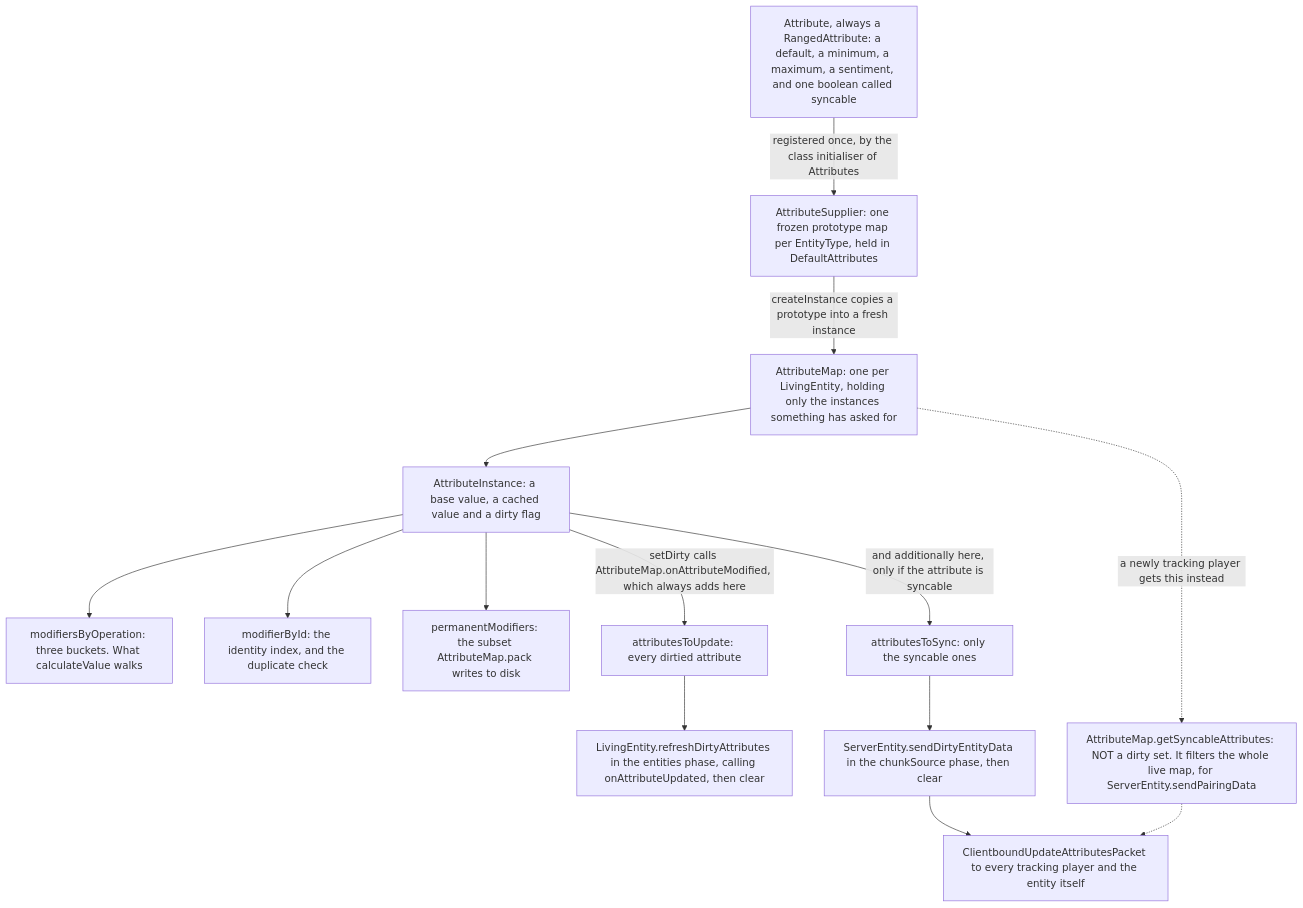
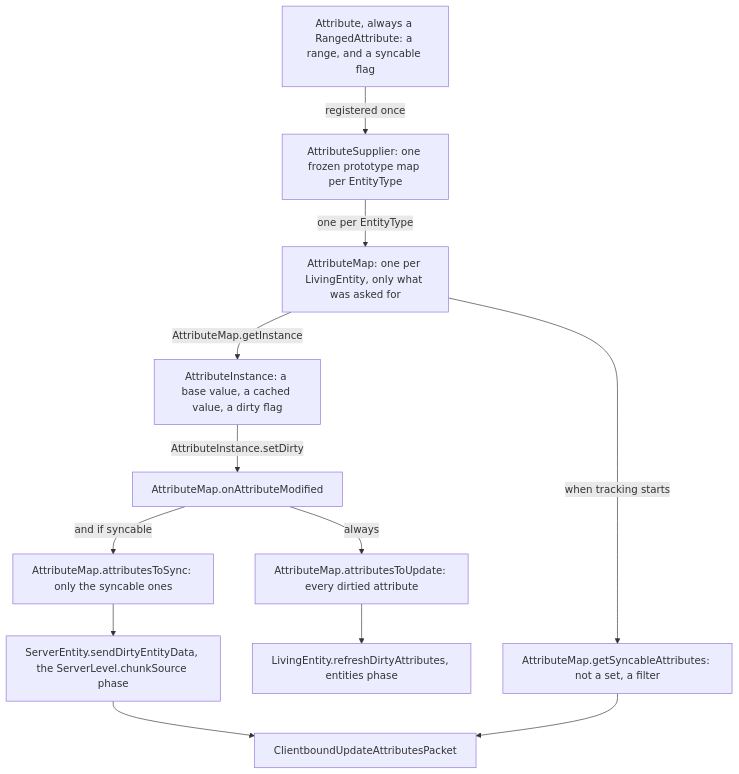
The first of 3 diagrams in src/systems/entities/attributes.md (AlexanderjFraser/MinecraftDocs), drawn with Mermaid before and after one commit. The commit also changed other lines of this file and 23 other files, not shown here.

````diff
--- a/src/systems/entities/attributes.md
+++ b/src/systems/entities/attributes.md
@@ -41,30 +41,26 @@
 ```mermaid
 flowchart TB
-    ATTR["Attribute, always a RangedAttribute: a default, a minimum, a maximum, a sentiment, and one boolean called syncable"]
-    SUP["AttributeSupplier: one frozen prototype map per EntityType, held in DefaultAttributes"]
-    MAP["AttributeMap: one per LivingEntity, holding only the instances something has asked for"]
-    INST["AttributeInstance: a base value, a cached value and a dirty flag"]
-    BYOP["modifiersByOperation: three buckets. What calculateValue walks"]
-    BYID["modifierById: the identity index, and the duplicate check"]
-    PERM["permanentModifiers: the subset AttributeMap.pack writes to disk"]
-    UPD["attributesToUpdate: every dirtied attribute"]
-    SYNC["attributesToSync: only the syncable ones"]
-    REACT["LivingEntity.refreshDirtyAttributes in the entities phase, calling onAttributeUpdated, then clear"]
-    SEND["ServerEntity.sendDirtyEntityData in the chunkSource phase, then clear"]
-    WIRE["ClientboundUpdateAttributesPacket to every tracking player and the entity itself"]
-    PAIR["AttributeMap.getSyncableAttributes: NOT a dirty set. It filters the whole live map, for ServerEntity.sendPairingData"]
+    ATTR["Attribute, always a RangedAttribute: a range, and a syncable flag"]
+    SUP["AttributeSupplier: one frozen prototype map per EntityType"]
+    MAP["AttributeMap: one per LivingEntity, only what was asked for"]
+    INST["AttributeInstance: a base value, a cached value, a dirty flag"]
+    UPD["AttributeMap.attributesToUpdate: every dirtied attribute"]
+    SYNC["AttributeMap.attributesToSync: only the syncable ones"]
+    MOD["AttributeMap.onAttributeModified"]
+    PAIR["AttributeMap.getSyncableAttributes: not a set, a filter"]
+    REACT["LivingEntity.refreshDirtyAttributes, entities phase"]
+    SEND["ServerEntity.sendDirtyEntityData, the ServerLevel.chunkSource phase"]
+    WIRE["ClientboundUpdateAttributesPacket"]
 
-    ATTR -- "registered once, by the class initialiser of Attributes" --> SUP
-    SUP -- "createInstance copies a prototype into a fresh instance" --> MAP
-    MAP --> INST
-    INST --> BYOP
-    INST --> BYID
-    INST --> PERM
-    INST -- "setDirty calls AttributeMap.onAttributeModified, which always adds here" --> UPD
-    INST -- "and additionally here, only if the attribute is syncable" --> SYNC
+    ATTR -- "registered once" --> SUP
+    SUP -- "one per EntityType" --> MAP
+    MAP -- "AttributeMap.getInstance" --> INST
+    INST -- "AttributeInstance.setDirty" --> MOD
+    MOD -- "always" --> UPD
+    MOD -- "and if syncable" --> SYNC
+    MAP -- "when tracking starts" --> PAIR
     UPD --> REACT
     SYNC --> SEND
     SEND --> WIRE
-    MAP -. "a newly tracking player gets this instead" .-> PAIR
-    PAIR -.-> WIRE
+    PAIR --> WIRE
 ```
````
